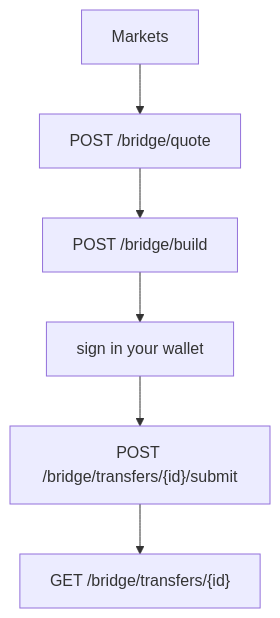
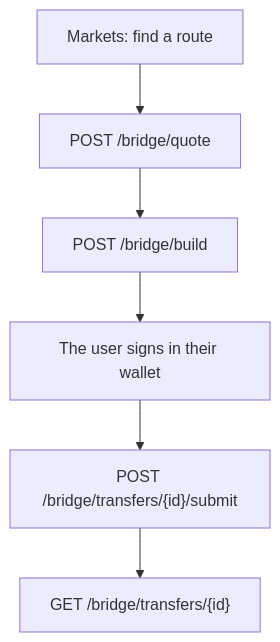
The diagram in api-reference/overview.mdx (Kernlog/brdg-docs), drawn with Mermaid before and after one commit. The commit also changed other lines of this file and 21 other files, not shown here.

````diff
--- a/api-reference/overview.mdx
+++ b/api-reference/overview.mdx
@@ -8,8 +8,8 @@
 ```mermaid
 flowchart TD
-    M["Markets"] --> Q["POST /bridge/quote"]
+    M["Markets: find a route"] --> Q["POST /bridge/quote"]
     Q --> B["POST /bridge/build"]
-    B --> S["sign in your wallet"]
+    B --> S["The user signs in their wallet"]
     S --> U["POST /bridge/transfers/{id}/submit"]
     U --> T["GET /bridge/transfers/{id}"]
 ```
````
